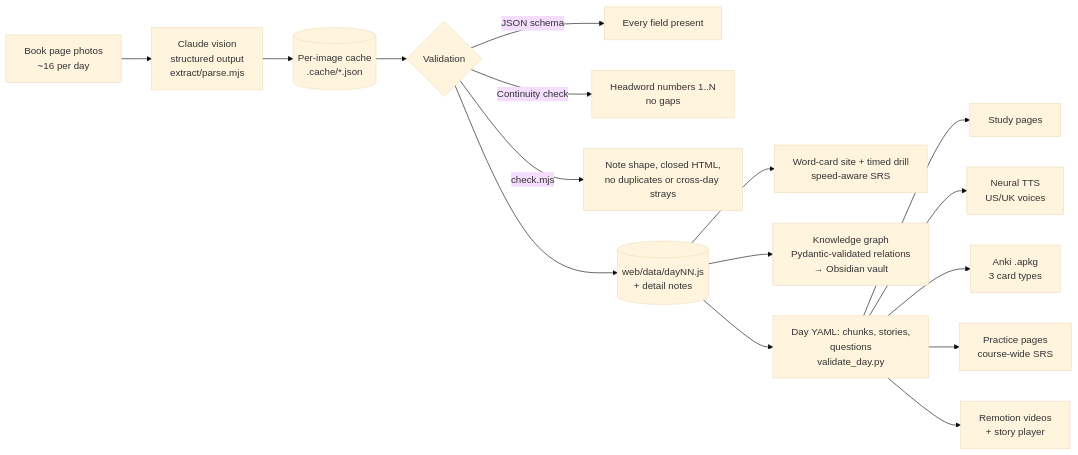
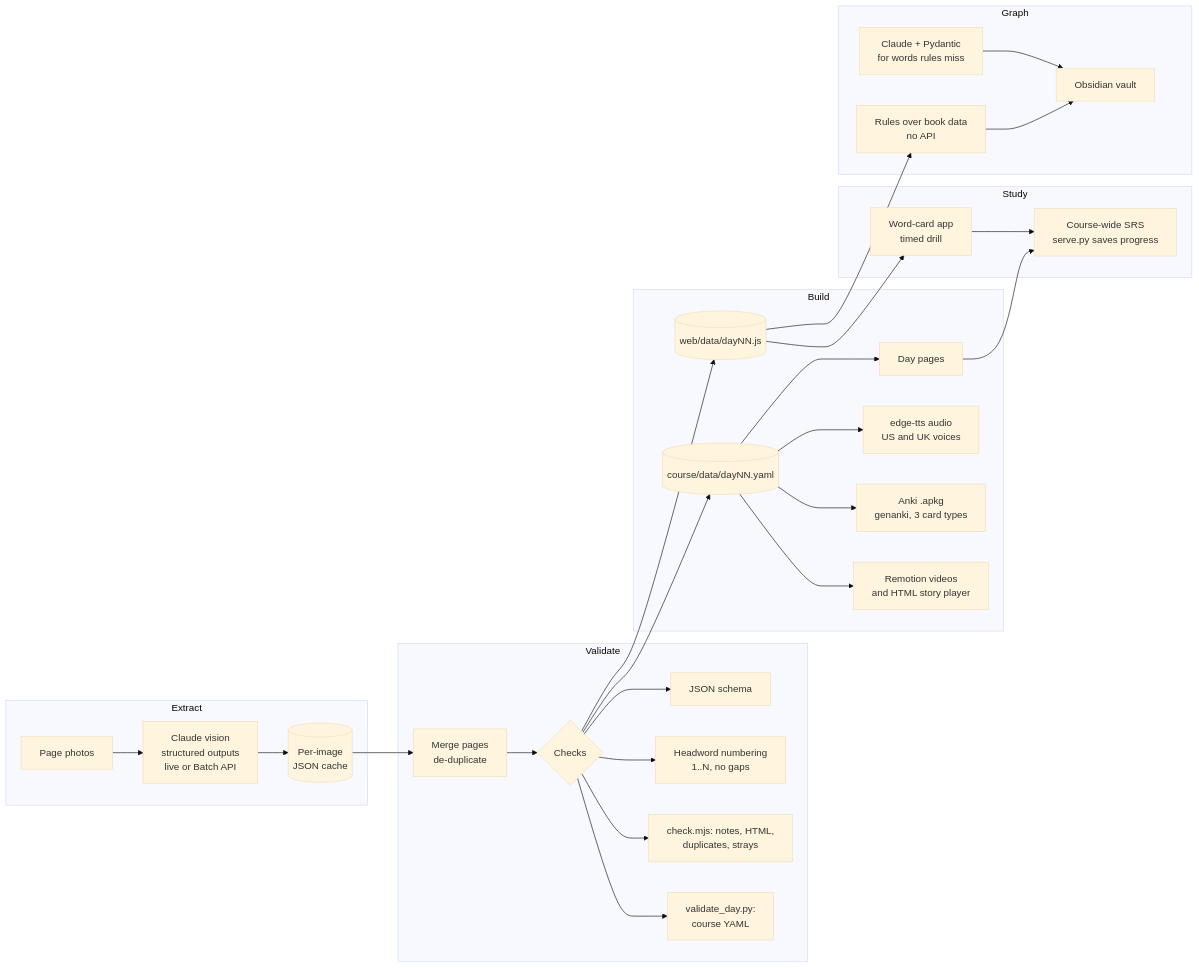
One commit to blacktea3250106/vocab-pipeline changed the diagram in README.md. Above: the diagram before and after it, drawn with Mermaid (base theme). The commit also changed other lines of this file and 6 other files, not shown here.

Commit message:
Upgrade README: hero image, stage gallery, demo GIF, architecture and decisions

````diff
--- a/README.md
+++ b/README.md
@@ -35,18 +95,33 @@
 ```mermaid
 flowchart LR
-    A[Book page photos<br/>~16 per day] --> B[Claude vision<br/>structured output<br/>extract/parse.mjs]
-    B --> C[(Per-image cache<br/>.cache/*.json)]
-    C --> D{Validation}
-    D -->|JSON schema| D1[Every field present]
-    D -->|Continuity check| D2[Headword numbers 1..N<br/>no gaps]
-    D -->|check.mjs| D3[Note shape, closed HTML,<br/>no duplicates or cross-day strays]
-    D --> E[(web/data/dayNN.js<br/>+ detail notes)]
-    E --> F[Word-card site + timed drill<br/>speed-aware SRS]
-    E --> G[Knowledge graph<br/>Pydantic-validated relations<br/>→ Obsidian vault]
-    E --> H[Day YAML: chunks, stories,<br/>questions<br/>validate_day.py]
-    H --> I[Study pages]
-    H --> J[Neural TTS<br/>US/UK voices]
-    H --> K[Anki .apkg<br/>3 card types]
-    H --> L[Practice pages<br/>course-wide SRS]
-    H --> M[Remotion videos<br/>+ story player]
+    subgraph Extract
+        A[Page photos] --> B[Claude vision<br/>structured outputs<br/>live or Batch API]
+        B --> C[(Per-image<br/>JSON cache)]
+    end
+    subgraph Validate
+        C --> D[Merge pages<br/>de-duplicate]
+        D --> E{Checks}
+        E --> E1[JSON schema]
+        E --> E2[Headword numbering<br/>1..N, no gaps]
+        E --> E3[check.mjs: notes, HTML,<br/>duplicates, strays]
+        E --> E4[validate_day.py:<br/>course YAML]
+    end
+    subgraph Build
+        E --> F[(web/data/dayNN.js)]
+        E --> G[(course/data/dayNN.yaml)]
+        G --> H[Day pages]
+        G --> I[edge-tts audio<br/>US and UK voices]
+        G --> J[Anki .apkg<br/>genanki, 3 card types]
+        G --> K[Remotion videos<br/>and HTML story player]
+    end
+    subgraph Study
+        F --> L[Word-card app<br/>timed drill]
+        H --> M[Course-wide SRS<br/>serve.py saves progress]
+        L --> M
+    end
+    subgraph Graph
+        F --> N[Rules over book data<br/>no API]
+        N --> P[Obsidian vault]
+        Q[Claude + Pydantic<br/>for words rules miss] --> P
+    end
 ```
````
